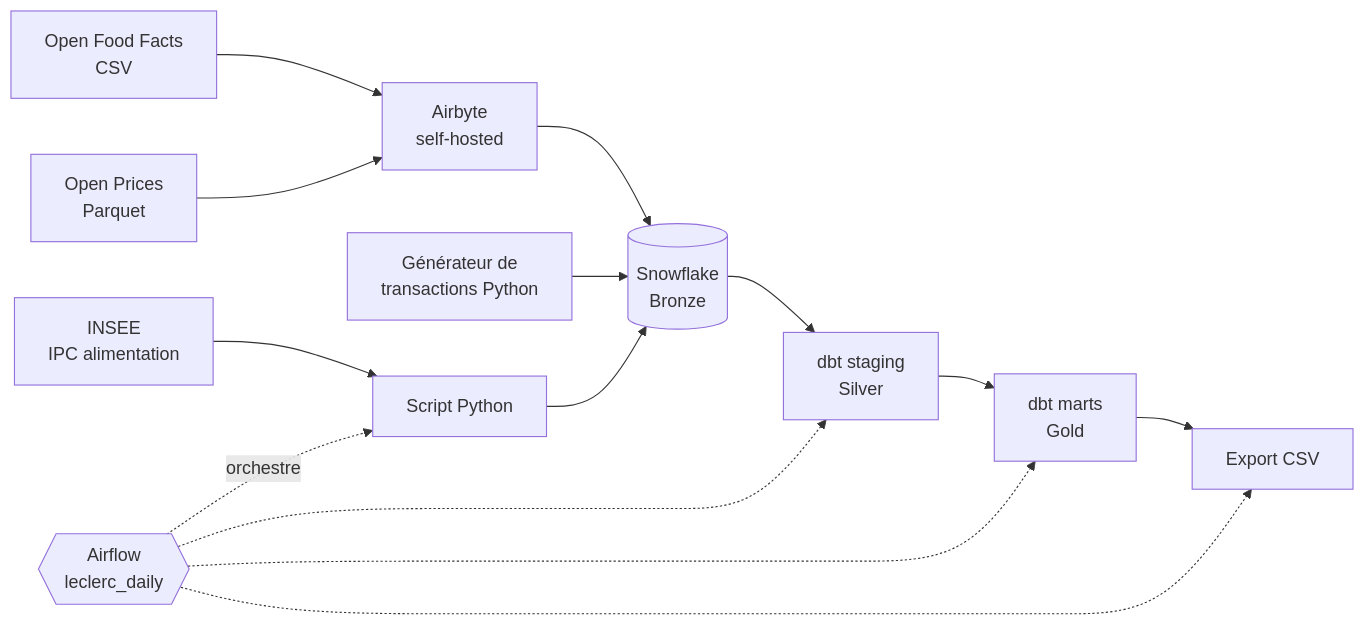
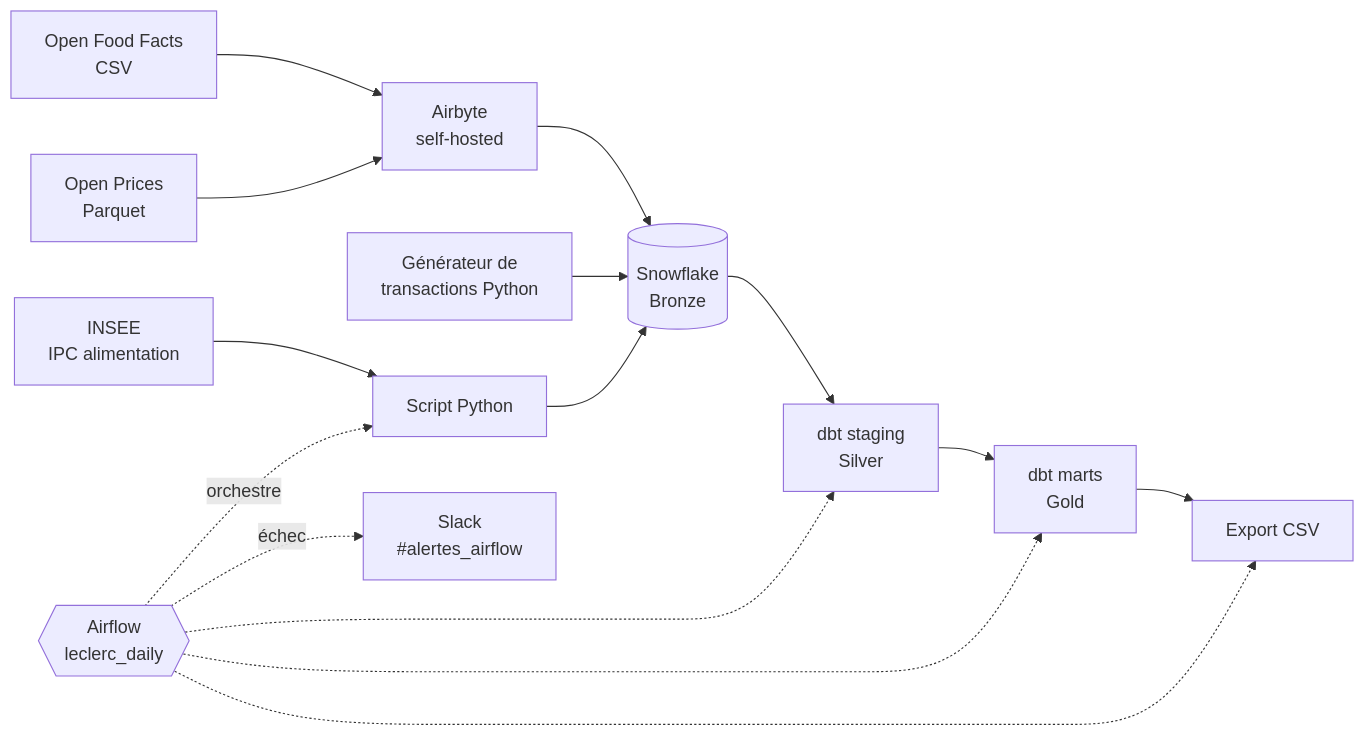
One commit to bipanda93/leclerc-analytics-engineering changed the diagram in README.md. Above: the diagram before and after it, drawn with Mermaid. The commit also changed other lines of this file and 1 other file, not shown here.

Commit message:
docs: alertes Slack dans le README et ADR-34 (incident PR #6)

````diff
--- a/README.md
+++ b/README.md
@@ -11,15 +12,16 @@
 ```mermaid
 flowchart LR
     OFF[Open Food Facts<br/>CSV] --> AB[Airbyte<br/>self-hosted]
     OP[Open Prices<br/>Parquet] --> AB
     AB --> BR[(Snowflake<br/>Bronze)]
     GEN[Générateur de<br/>transactions Python] --> BR
     INSEE[INSEE<br/>IPC alimentation] --> PY[Script Python] --> BR
     BR --> SI[dbt staging<br/>Silver]
     SI --> GO[dbt marts<br/>Gold]
     GO --> CSV[Export CSV]
     AF{{Airflow<br/>leclerc_daily}} -.orchestre.-> PY
     AF -.-> SI
     AF -.-> GO
     AF -.-> CSV
+    AF -.échec.-> SL[Slack<br/>#alertes_airflow]
 ```
````
